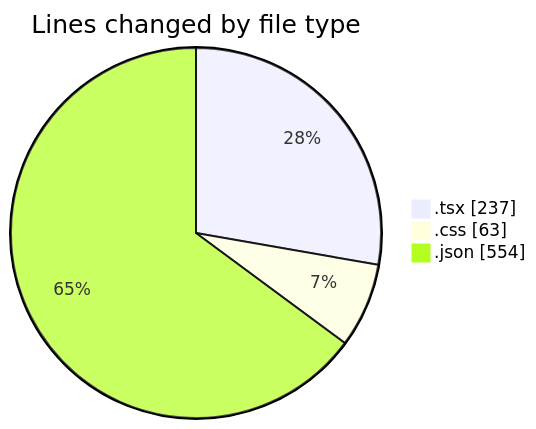
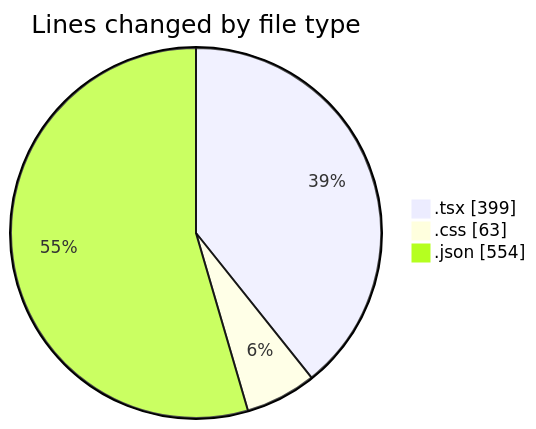
Before and after one commit to EIIisD/code-tracking: the first of 2 diagrams in 2025-08-04/tw-server/README.md, drawn with Mermaid. The commit also changed other lines of this file and 1 other file, not shown here.

````diff
--- a/2025-08-04/tw-server/README.md
+++ b/2025-08-04/tw-server/README.md
@@ -25,7 +25,7 @@
 ```mermaid
 pie showData
 title Lines changed by file type
-".tsx" : 237
+".tsx" : 399
 ".css" : 63
 ".json" : 554
 ```
````
